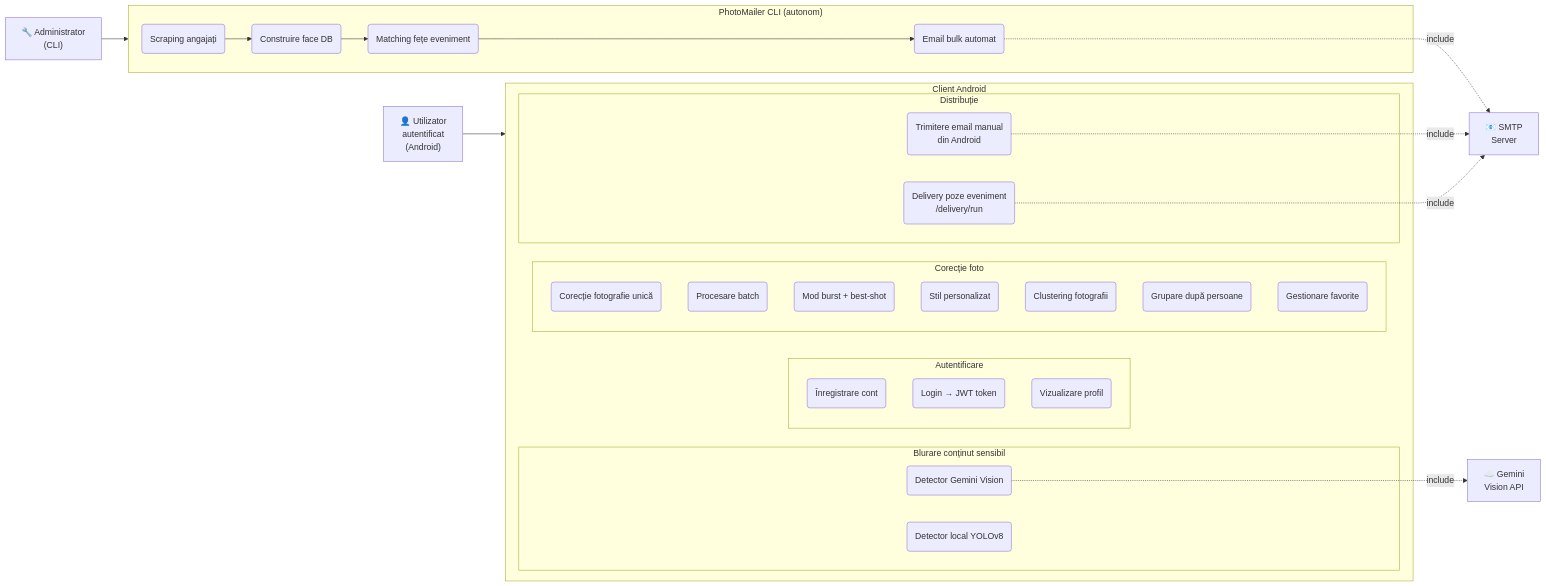
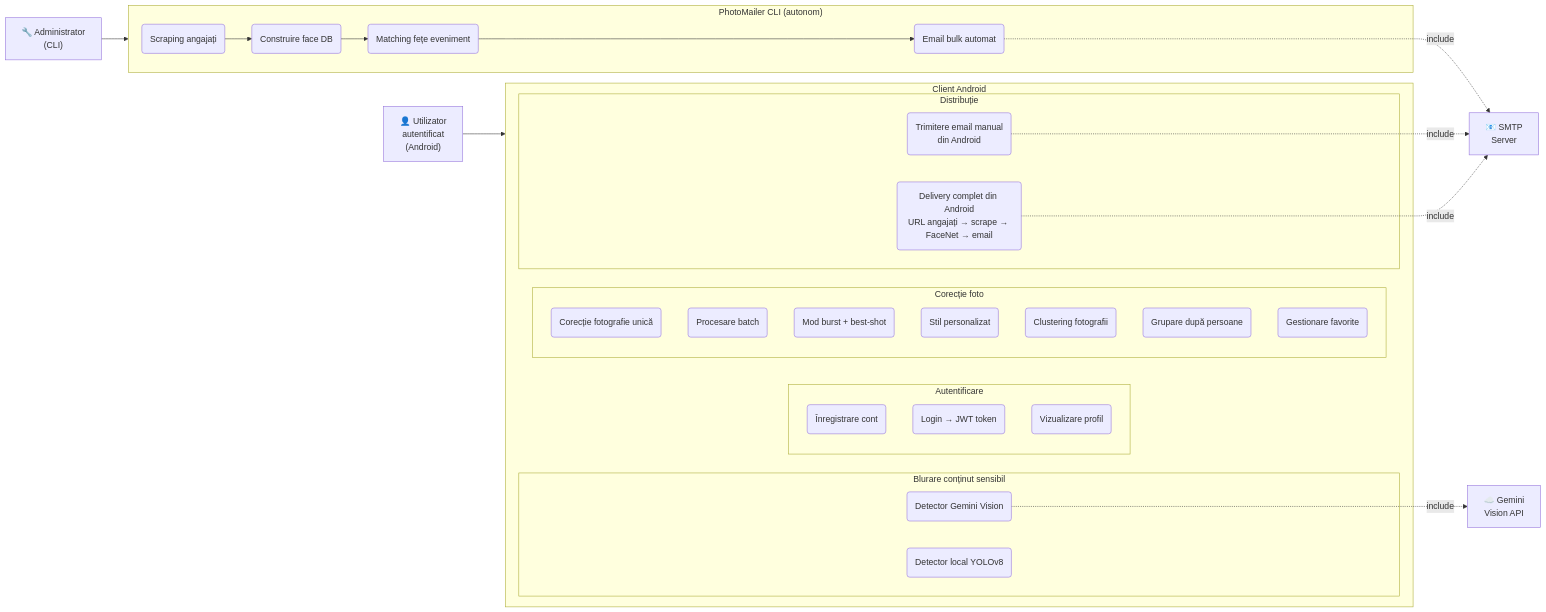
One commit to alexandraelenadumitrescu/mvpBachelor changed the fourth of 9 diagrams in README.md. Above: the diagram before and after it, drawn with Mermaid. The commit also changed other lines of this file, not shown here.

First line of the commit message:
Update README: delivery pipeline, photomatch-lite, FLOWS.md, mock-employees

````diff
--- a/README.md
+++ b/README.md
@@ -196,51 +207,51 @@
 ```mermaid
 flowchart LR
     ACT1["👤 Utilizator\nautentificat\n(Android)"]
     ACT2["🔧 Administrator\n(CLI)"]
     ACT_GEM["☁️ Gemini\nVision API"]
     ACT_SMTP["📧 SMTP\nServer"]
 
     subgraph CLIENT_UC["Client Android"]
         subgraph UC_AUTH["Autentificare"]
             UC1("Înregistrare cont")
             UC2("Login → JWT token")
             UC3("Vizualizare profil")
         end
 
         subgraph UC_CORRECT["Corecție foto"]
             UC4("Corecție fotografie unică")
             UC5("Procesare batch")
             UC6("Mod burst + best-shot")
             UC7("Stil personalizat")
             UC8("Clustering fotografii")
             UC9("Grupare după persoane")
             UC10("Gestionare favorite")
         end
 
         subgraph UC_BLUR["Blurare conținut sensibil"]
             UC11("Detector Gemini Vision")
             UC12("Detector local YOLOv8")
         end
 
         subgraph UC_DIST["Distribuție"]
             UC13("Trimitere email manual\ndin Android")
-            UC14("Delivery poze eveniment\n/delivery/run")
+            UC14("Delivery complet din Android\nURL angajați → scrape → FaceNet → email")
         end
     end
 
     subgraph CLI_UC["PhotoMailer CLI (autonom)"]
         UC15("Scraping angajați")
         UC16("Construire face DB")
         UC17("Matching fețe eveniment")
         UC18("Email bulk automat")
         UC15 --> UC16 --> UC17 --> UC18
     end
 
     ACT1 --> CLIENT_UC
     ACT2 --> CLI_UC
 
     UC11 -.->|include| ACT_GEM
     UC13 -.->|include| ACT_SMTP
     UC14 -.->|include| ACT_SMTP
     UC18 -.->|include| ACT_SMTP
 ```
````
